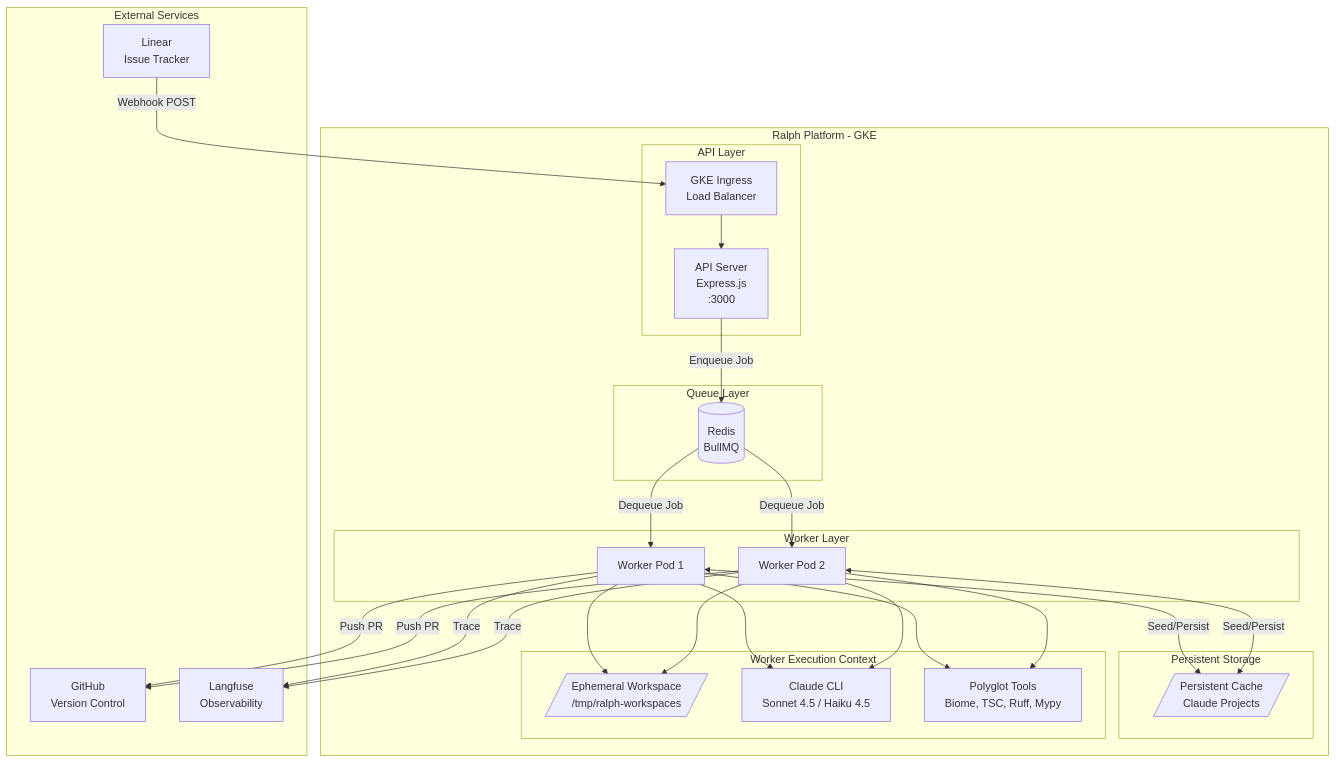
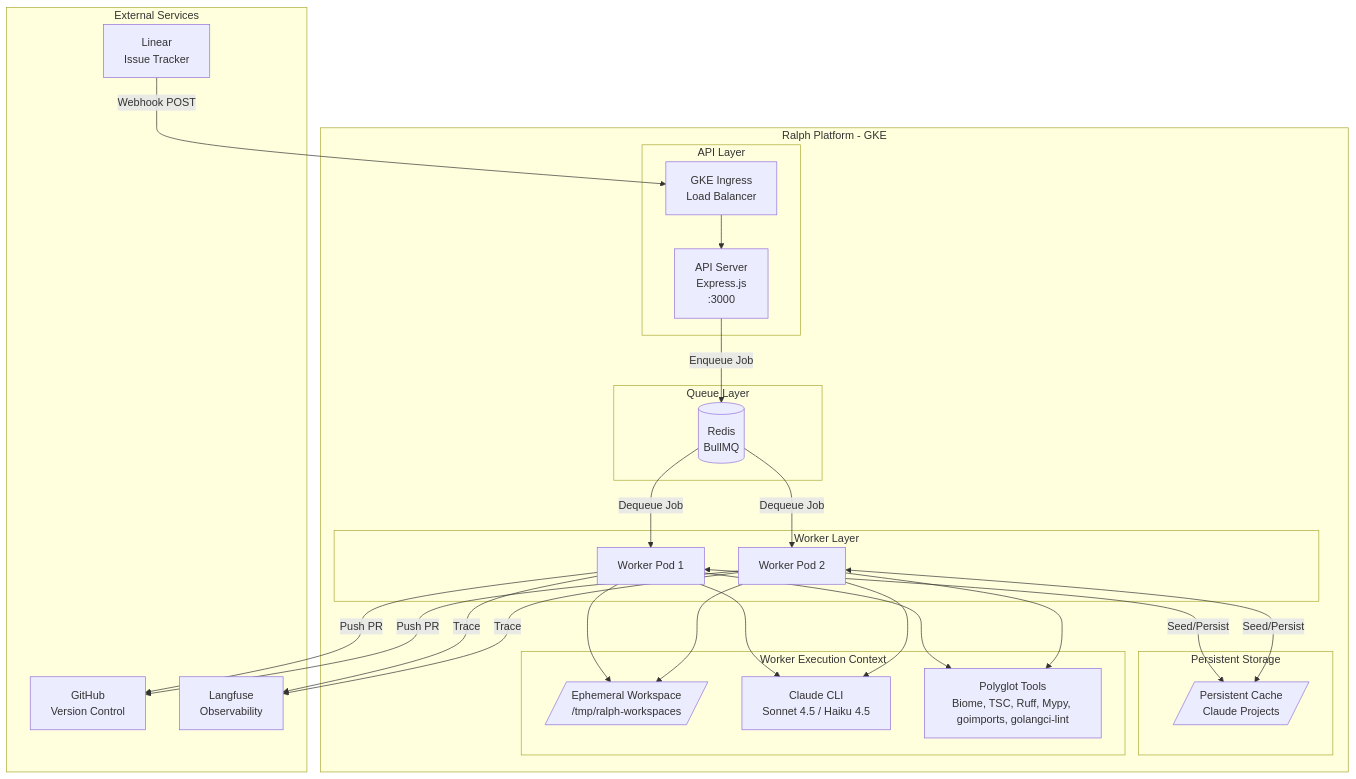
Before and after one commit to Replikanti/ralph-platform: the first of 7 diagrams in ARCHITECTURE.md, drawn with Mermaid. The commit also changed other lines of this file and 6 other files, not shown here.

````diff
--- a/ARCHITECTURE.md
+++ b/ARCHITECTURE.md
@@ -16,52 +16,52 @@
 ```mermaid
 graph TB
     subgraph "External Services"
         Linear[Linear<br/>Issue Tracker]
         GitHub[GitHub<br/>Version Control]
         Langfuse[Langfuse<br/>Observability]
     end
 
     subgraph "Ralph Platform - GKE"
         subgraph "API Layer"
             API[API Server<br/>Express.js<br/>:3000]
             Ingress[GKE Ingress<br/>Load Balancer]
         end
 
         subgraph "Queue Layer"
             Redis[(Redis<br/>BullMQ)]
         end
 
         subgraph "Worker Layer"
             Worker1[Worker Pod 1]
             Worker2[Worker Pod 2]
         end
 
         subgraph "Persistent Storage"
             Cache[/Persistent Cache<br/>Claude Projects/]
         end
 
         subgraph "Worker Execution Context"
             Workspace[/Ephemeral Workspace<br/>/tmp/ralph-workspaces/]
             ClaudeCLI[Claude CLI<br/>Sonnet 4.5 / Haiku 4.5]
-            Tools[Polyglot Tools<br/>Biome, TSC, Ruff, Mypy]
+            Tools[Polyglot Tools<br/>Biome, TSC, Ruff, Mypy, goimports, golangci-lint]
         end
     end
 
     Linear -->|Webhook POST| Ingress
     Ingress --> API
     API -->|Enqueue Job| Redis
     Redis -->|Dequeue Job| Worker1
     Redis -->|Dequeue Job| Worker2
     Worker1 --> Workspace
     Worker1 --> ClaudeCLI
     Worker1 --> Tools
     Worker1 <-->|Seed/Persist| Cache
     Worker1 -->|Push PR| GitHub
     Worker1 -->|Trace| Langfuse
     Worker2 --> Workspace
     Worker2 --> ClaudeCLI
     Worker2 --> Tools
     Worker2 <-->|Seed/Persist| Cache
     Worker2 -->|Push PR| GitHub
     Worker2 -->|Trace| Langfuse
 ```
````
